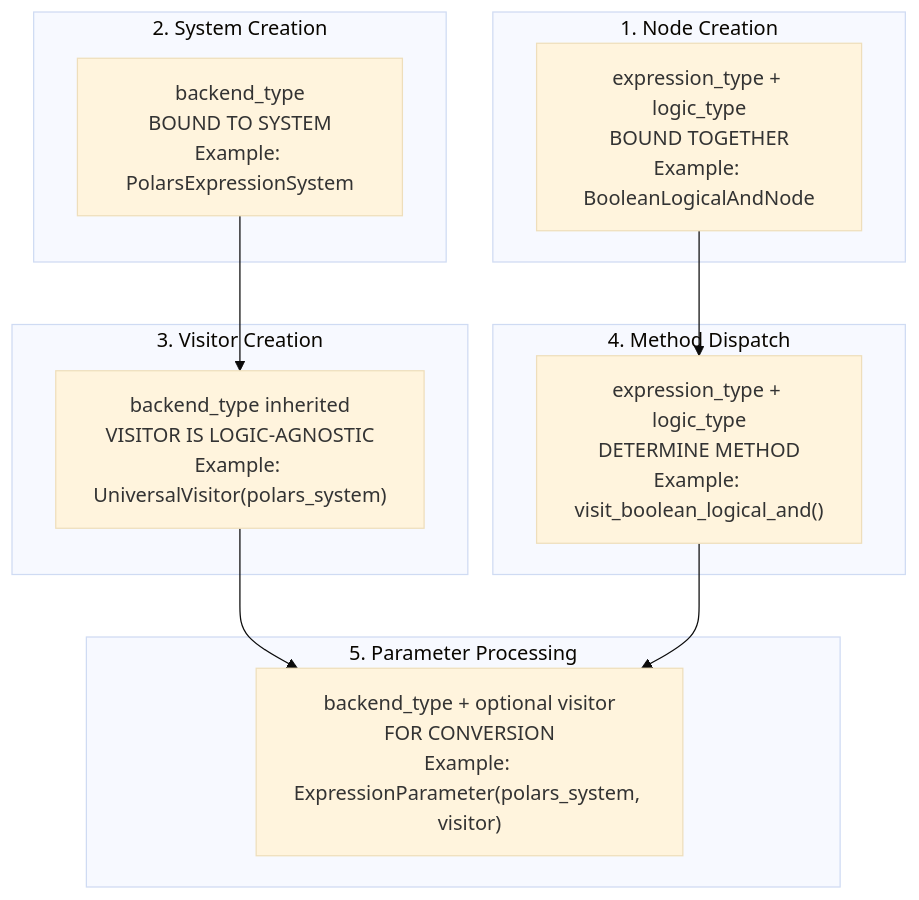
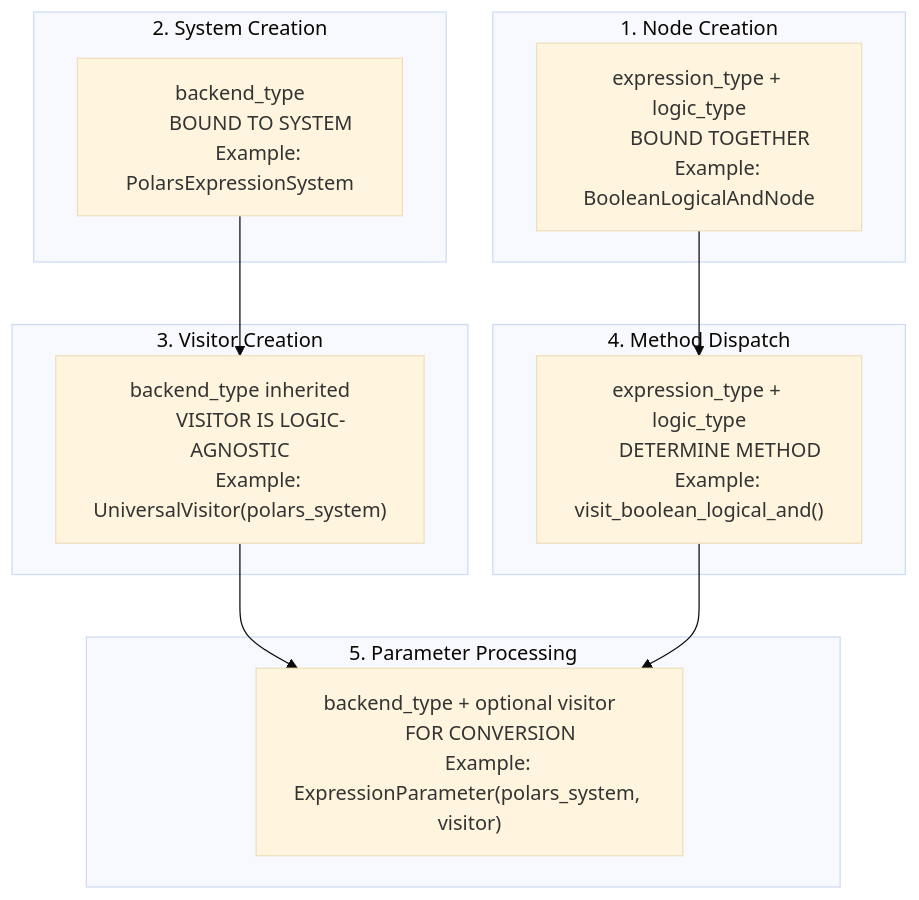
The fifth of 5 diagrams in docs/ExpressionSystemRefactoring/orthogonal_architecture_diagram.md (mountainash-io/mountainash), drawn with Mermaid (base theme) before and after one commit. The commit also changed other lines of this file, not shown here.

Commit message:
orthogonal diagram fixes

````diff
--- a/docs/ExpressionSystemRefactoring/orthogonal_architecture_diagram.md
+++ b/docs/ExpressionSystemRefactoring/orthogonal_architecture_diagram.md
@@ -151,27 +183,37 @@
 ```mermaid
 graph TB
     subgraph "1. Node Creation"
-        NC["expression_type + logic_type<br/>BOUND TOGETHER<br/>Example: BooleanLogicalAndNode"]
+        NC["expression_type + logic_type
+        BOUND TOGETHER
+        Example: BooleanLogicalAndNode"]
     end
     
     subgraph "2. System Creation"  
-        SC["backend_type<br/>BOUND TO SYSTEM<br/>Example: PolarsExpressionSystem"]
+        SC["backend_type
+        BOUND TO SYSTEM
+        Example: PolarsExpressionSystem"]
     end
     
     subgraph "3. Visitor Creation"
-        VC["backend_type inherited<br/>VISITOR IS LOGIC-AGNOSTIC<br/>Example: UniversalVisitor(polars_system)"]
+        VC["backend_type inherited
+        VISITOR IS LOGIC-AGNOSTIC
+        Example: UniversalVisitor(polars_system)"]
     end
     
     subgraph "4. Method Dispatch"
-        MD["expression_type + logic_type<br/>DETERMINE METHOD<br/>Example: visit_boolean_logical_and()"]
+        MD["expression_type + logic_type
+        DETERMINE METHOD
+        Example: visit_boolean_logical_and()"]
     end
     
     subgraph "5. Parameter Processing"
-        PP["backend_type + optional visitor<br/>FOR CONVERSION<br/>Example: ExpressionParameter(polars_system, visitor)"]
+        PP["backend_type + optional visitor
+        FOR CONVERSION
+        Example: ExpressionParameter(polars_system, visitor)"]
     end
     
     NC --> MD
     SC --> VC
     VC --> PP
     MD --> PP
 ```
````
